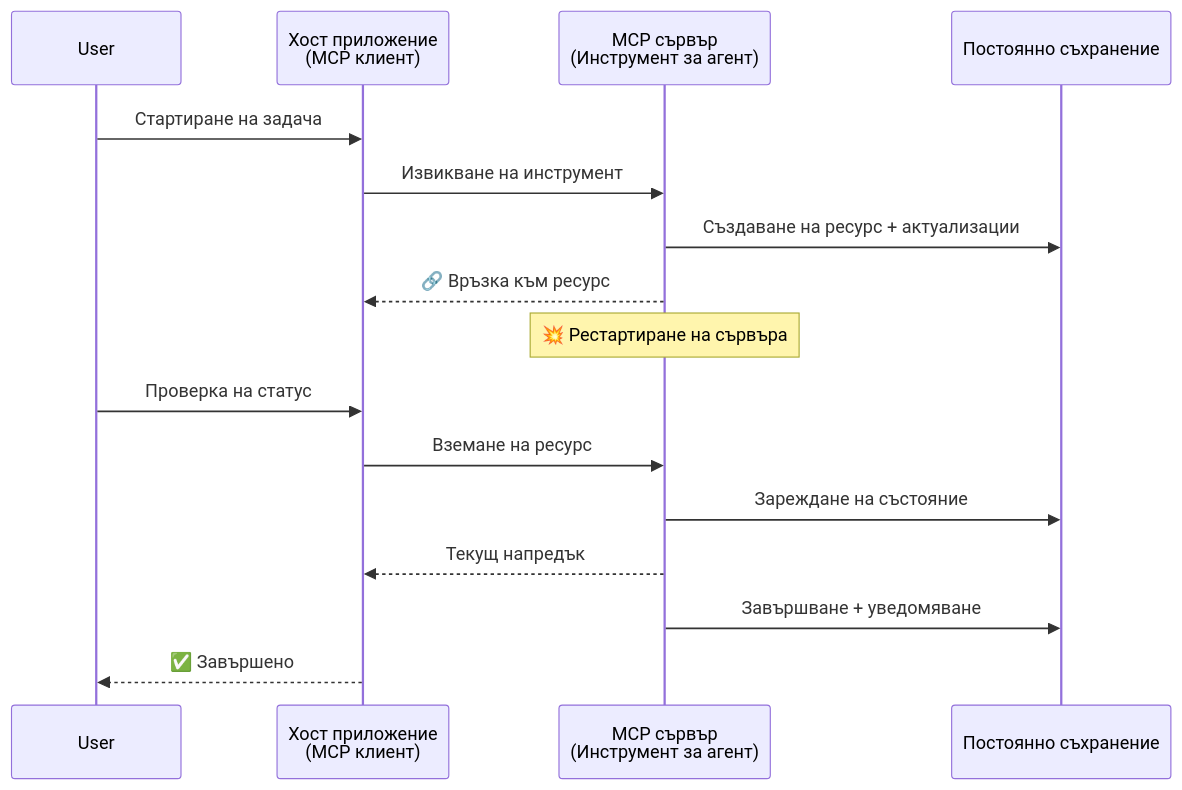
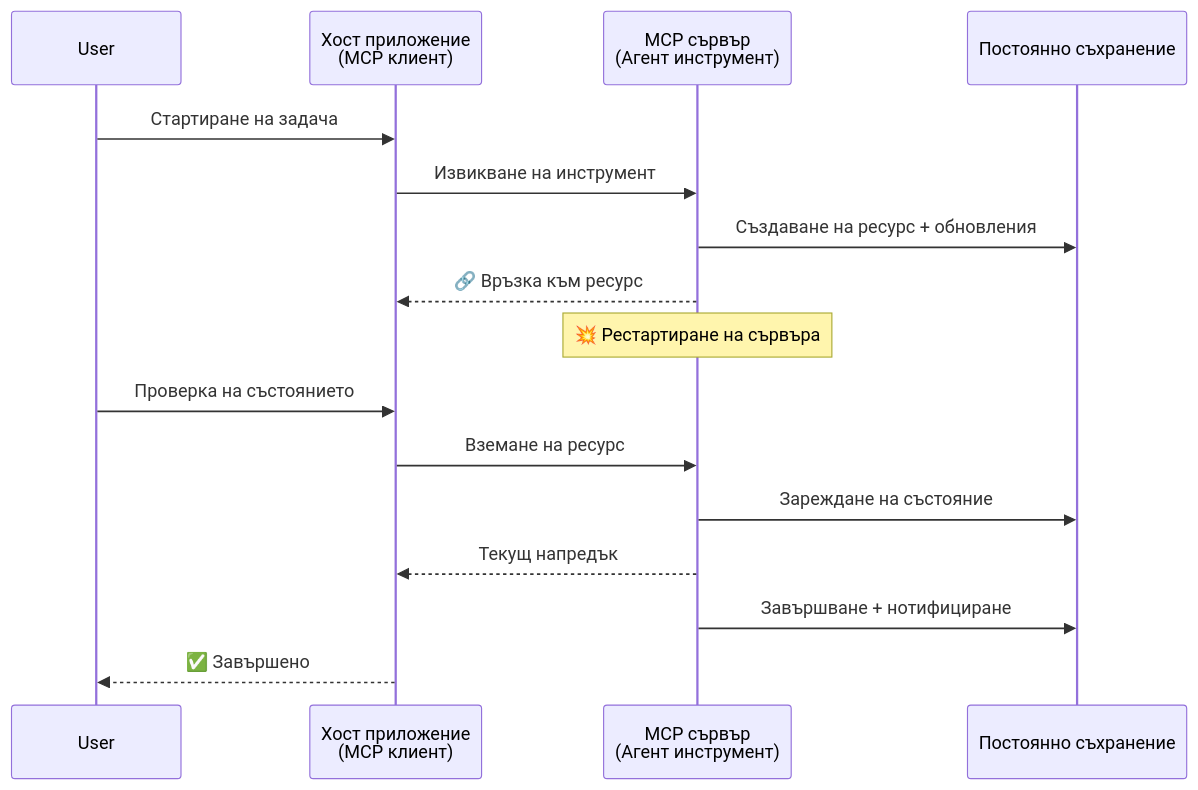
The third of 5 diagrams in mirrors/repos/microsoft@ai-agents-for-beginners/translations/bg/11-agentic-protocols/code_samples/mcp-agents/README.md (gabrielmoreira/agent-skills-mirror), drawn with Mermaid before and after one commit. The commit also changed other lines of this file and 4262 other files, not shown here.

````diff
--- a/mirrors/repos/microsoft@ai-agents-for-beginners/translations/bg/11-agentic-protocols/code_samples/mcp-agents/README.md
+++ b/mirrors/repos/microsoft@ai-agents-for-beginners/translations/bg/11-agentic-protocols/code_samples/mcp-agents/README.md
@@ -123,21 +123,21 @@
 ```mermaid
 sequenceDiagram
     participant User
     participant Host as Хост приложение<br/>(MCP клиент)
-    participant Server as MCP сървър<br/>(Инструмент за агент)
+    participant Server as MCP сървър<br/>(Агент инструмент)
     participant DB as Постоянно съхранение
 
     User->>Host: Стартиране на задача
     Host->>Server: Извикване на инструмент
-    Server->>DB: Създаване на ресурс + актуализации
+    Server->>DB: Създаване на ресурс + обновления
     Server-->>Host: 🔗 Връзка към ресурс
 
     Note over Server: 💥 Рестартиране на сървъра
 
-    User->>Host: Проверка на статус
+    User->>Host: Проверка на състоянието
     Host->>Server: Вземане на ресурс
     Server->>DB: Зареждане на състояние
     Server-->>Host: Текущ напредък
-    Server->>DB: Завършване + уведомяване
+    Server->>DB: Завършване + нотифициране
     Host-->>User: ✅ Завършено
 ```
````
